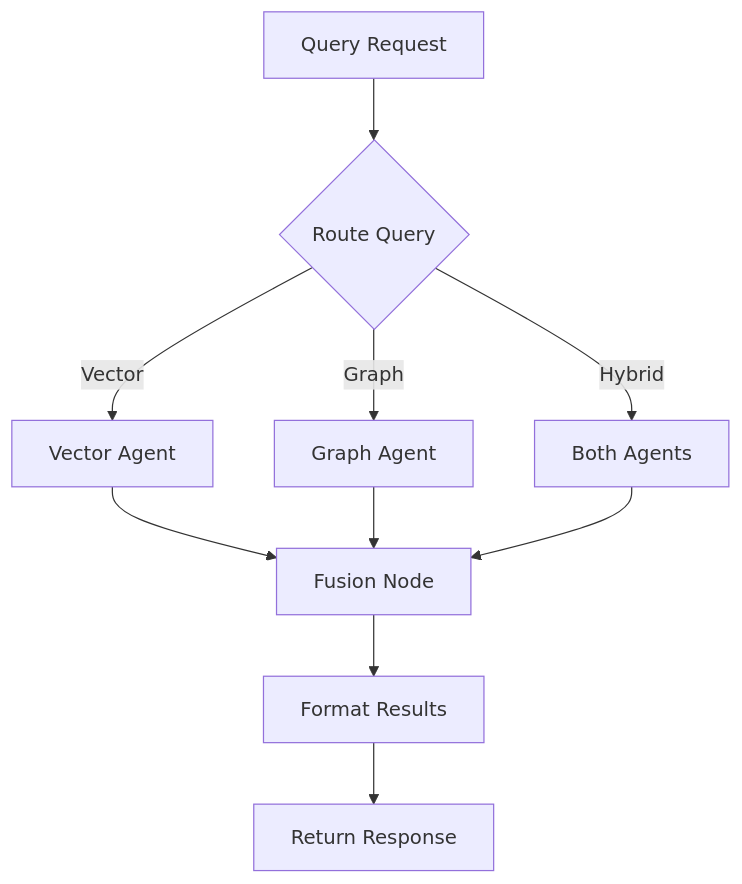
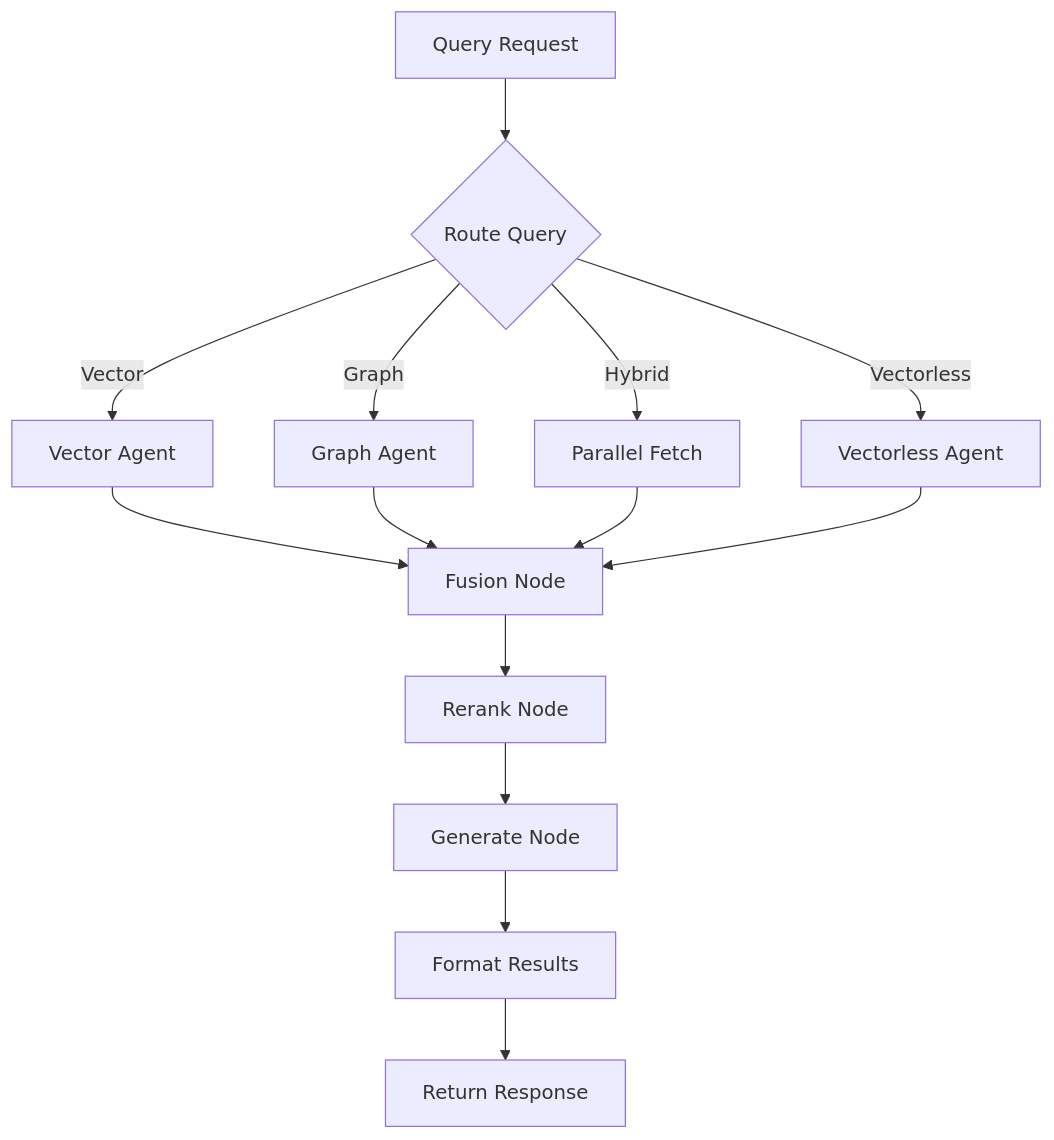
One commit to Senthilsivam41/kinegraph-v changed the diagram in docs/ARCHITECTURE.md. Above: the diagram before and after it, drawn with Mermaid. The commit also changed other lines of this file and 2 other files, not shown here.

Commit message:
feat: implement Vectorless BM25 search, add local lexical cache, and optimize PDF extraction with a billiard process pool

````diff
--- a/docs/ARCHITECTURE.md
+++ b/docs/ARCHITECTURE.md
@@ -49,12 +50,16 @@
 ```mermaid
 graph TD
     A[Query Request] --> B{Route Query}
     B -->|Vector| C[Vector Agent]
     B -->|Graph| D[Graph Agent]
-    B -->|Hybrid| E[Both Agents]
+    B -->|Hybrid| E[Parallel Fetch]
+    B -->|Vectorless| V[Vectorless Agent]
     C --> F[Fusion Node]
     D --> F
     E --> F
-    F --> G[Format Results]
-    G --> H[Return Response]
+    V --> F
+    F --> R[Rerank Node]
+    R --> G[Generate Node]
+    G --> H[Format Results]
+    H --> I[Return Response]
 ```
````
